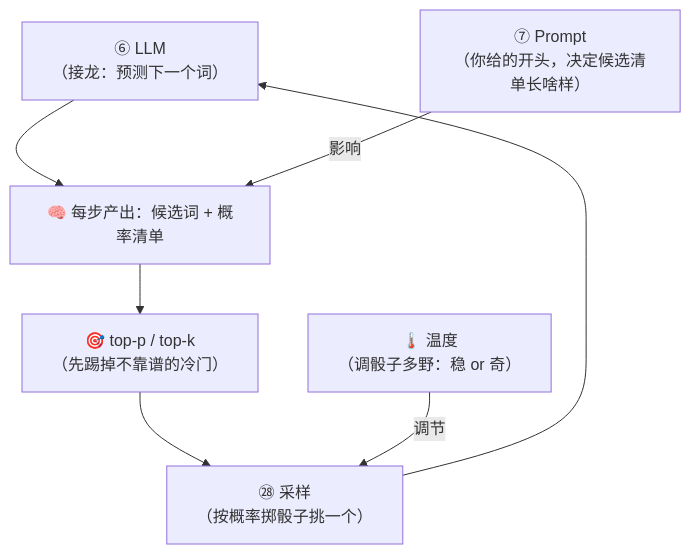
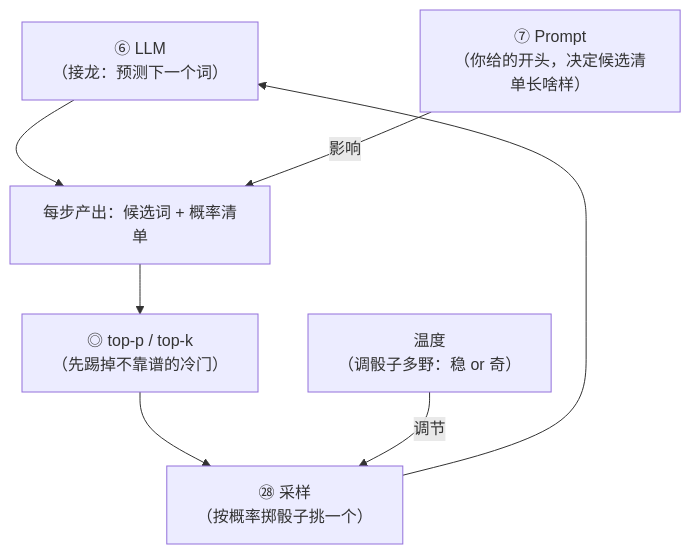
Before and after one commit to luckykhy/KhyAiHub: the fifth of 5 diagrams in docs/02_CONCEPTS_概念入门/CONCEPT/[CONCEPT-28] 什么是采样与温度-Sampling.md, drawn with Mermaid. The commit also changed other lines of this file and 19 other files, not shown here.

````diff
--- a/docs/02_CONCEPTS_概念入门/CONCEPT/[CONCEPT-28] 什么是采样与温度-Sampling.md
+++ b/docs/02_CONCEPTS_概念入门/CONCEPT/[CONCEPT-28] 什么是采样与温度-Sampling.md
@@ -248,15 +248,15 @@
 ```mermaid
 flowchart TB
   LLM["⑥ LLM<br/>（接龙：预测下一个词）"]
-  PRED["🧠 每步产出：候选词 + 概率清单"]
+  PRED["每步产出：候选词 + 概率清单"]
   SAMP["㉘ 采样<br/>（按概率掷骰子挑一个）"]
-  TEMP["🌡️ 温度<br/>（调骰子多野：稳 or 奇）"]
-  TOPP["🎯 top-p / top-k<br/>（先踢掉不靠谱的冷门）"]
+  TEMP["温度<br/>（调骰子多野：稳 or 奇）"]
+  TOPP["◎ top-p / top-k<br/>（先踢掉不靠谱的冷门）"]
   PROMPT["⑦ Prompt<br/>（你给的开头，决定候选清单长啥样）"]
   LLM --> PRED
   PROMPT -->|"影响"| PRED
   PRED --> TOPP
   TOPP --> SAMP
   TEMP -->|"调节"| SAMP
   SAMP --> LLM
 ```
````
